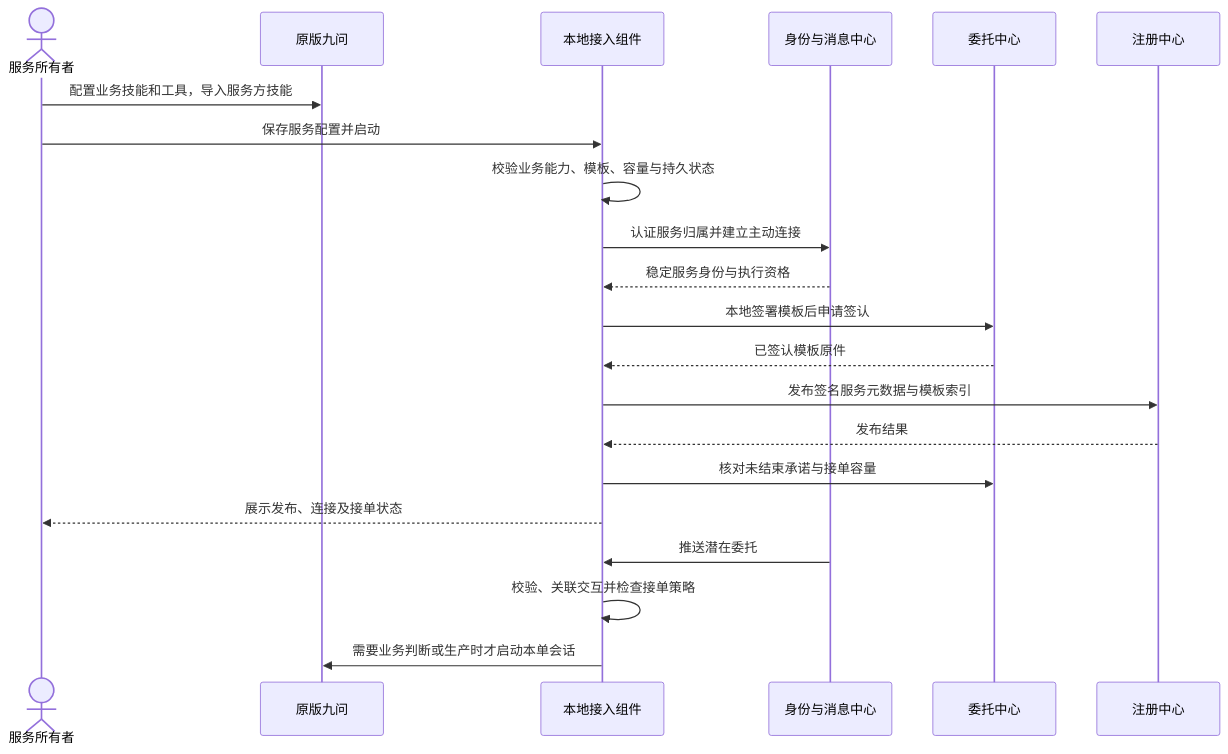
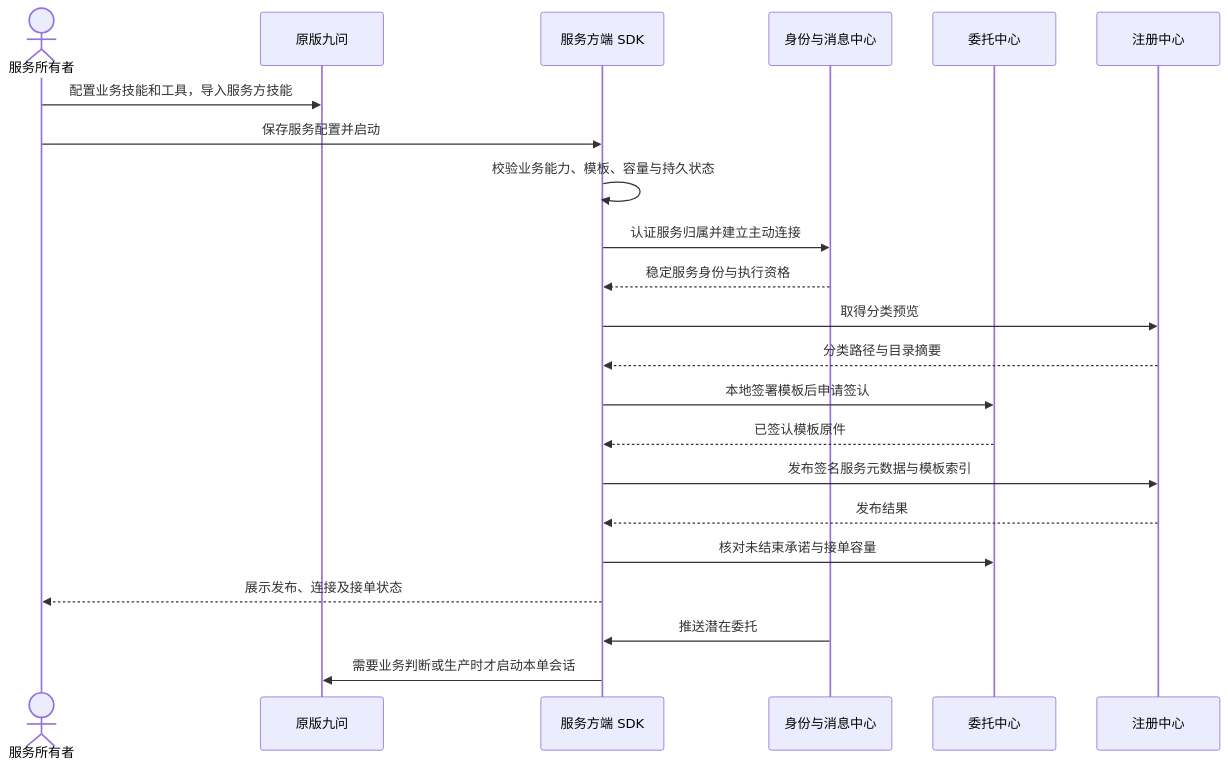
One commit to Weizheng96/Jiuwen-IoA-Lab changed the diagram in 设计/流程/服务方接入.md. Above: the diagram before and after it, drawn with Mermaid. The commit also changed other lines of this file and 106 other files, not shown here.

````diff
--- a/设计/流程/服务方接入.md
+++ b/设计/流程/服务方接入.md
@@ -23,23 +22,24 @@
 ```mermaid
 sequenceDiagram
     actor U as 服务所有者
     participant J as 原版九问
-    participant R as 本地接入组件
+    participant R as 服务方端 SDK
     participant I as 身份与消息中心
     participant C as 委托中心
     participant A as 注册中心
     U->>J: 配置业务技能和工具，导入服务方技能
     U->>R: 保存服务配置并启动
     R->>R: 校验业务能力、模板、容量与持久状态
     R->>I: 认证服务归属并建立主动连接
     I-->>R: 稳定服务身份与执行资格
+    R->>A: 取得分类预览
+    A-->>R: 分类路径与目录摘要
     R->>C: 本地签署模板后申请签认
     C-->>R: 已签认模板原件
     R->>A: 发布签名服务元数据与模板索引
     A-->>R: 发布结果
     R->>C: 核对未结束承诺与接单容量
     R-->>U: 展示发布、连接及接单状态
     I->>R: 推送潜在委托
-    R->>R: 校验、关联交互并检查接单策略
     R->>J: 需要业务判断或生产时才启动本单会话
 ```
````
